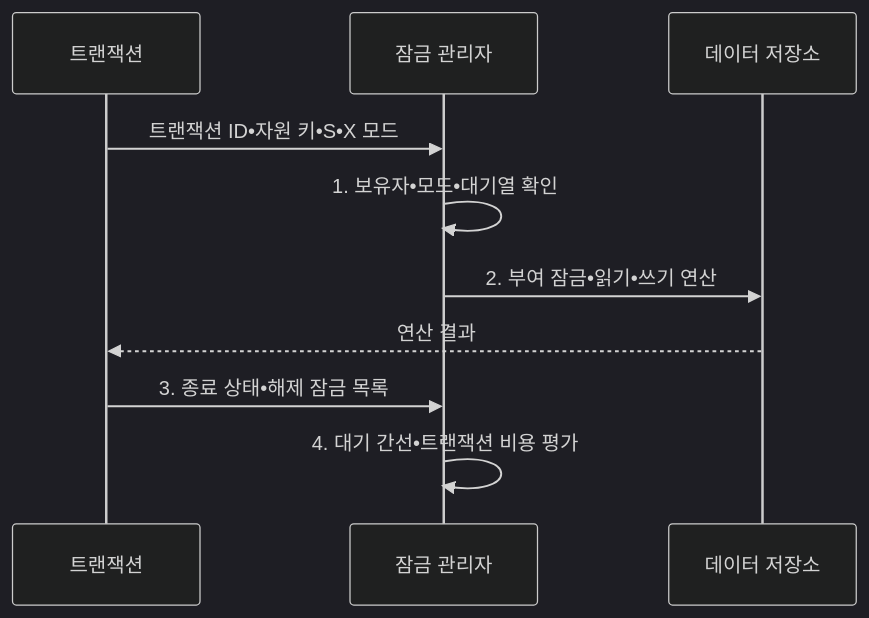
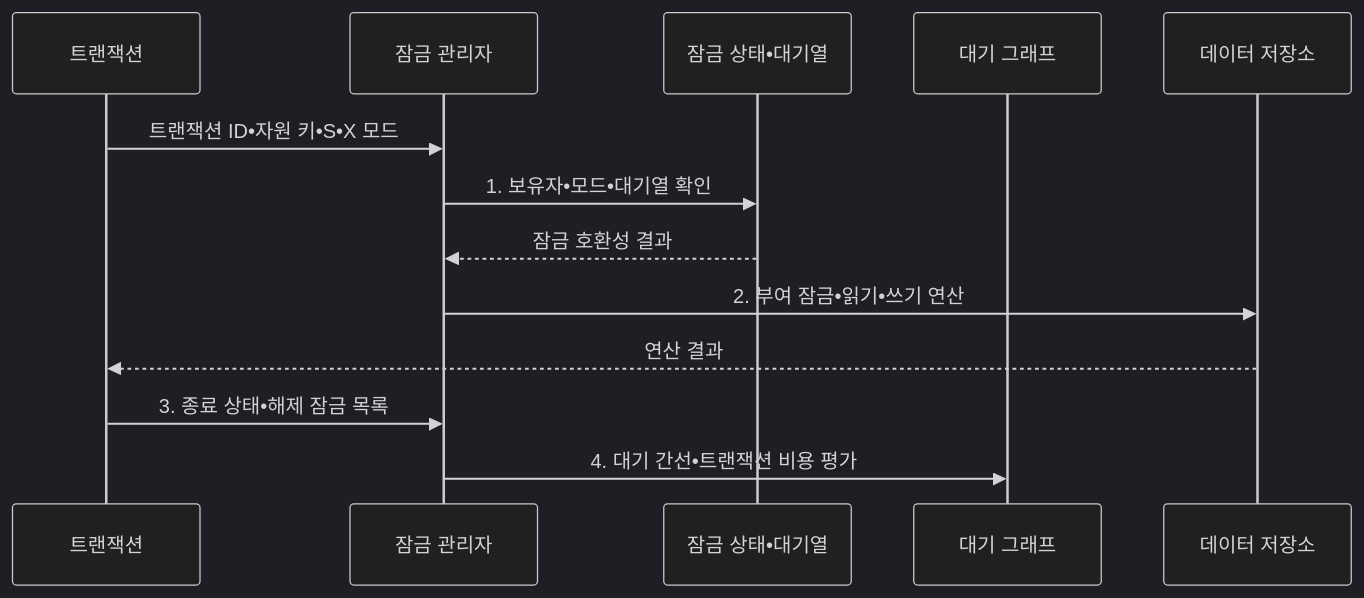
The second of 2 diagrams in src/content/docs/notes/03-software/088_two_phase_locking.md (agnusdei1207/knowledge-base), drawn with Mermaid (dark theme) before and after one commit. The commit also changed other lines of this file and 15 other files, not shown here.

````diff
--- a/src/content/docs/notes/03-software/088_two_phase_locking.md
+++ b/src/content/docs/notes/03-software/088_two_phase_locking.md
@@ -109,12 +109,15 @@
 ```mermaid
 sequenceDiagram
     participant T as 트랜잭션
     participant L as 잠금 관리자
+    participant P as 잠금 상태•대기열
+    participant W as 대기 그래프
     participant D as 데이터 저장소
     T->>L: 트랜잭션 ID•자원 키•S•X 모드
-    L->>L: 1. 보유자•모드•대기열 확인
+    L->>P: 1. 보유자•모드•대기열 확인
+    P-->>L: 잠금 호환성 결과
     L->>D: 2. 부여 잠금•읽기•쓰기 연산
     D-->>T: 연산 결과
     T->>L: 3. 종료 상태•해제 잠금 목록
-    L->>L: 4. 대기 간선•트랜잭션 비용 평가
+    L->>W: 4. 대기 간선•트랜잭션 비용 평가
 ```
````
